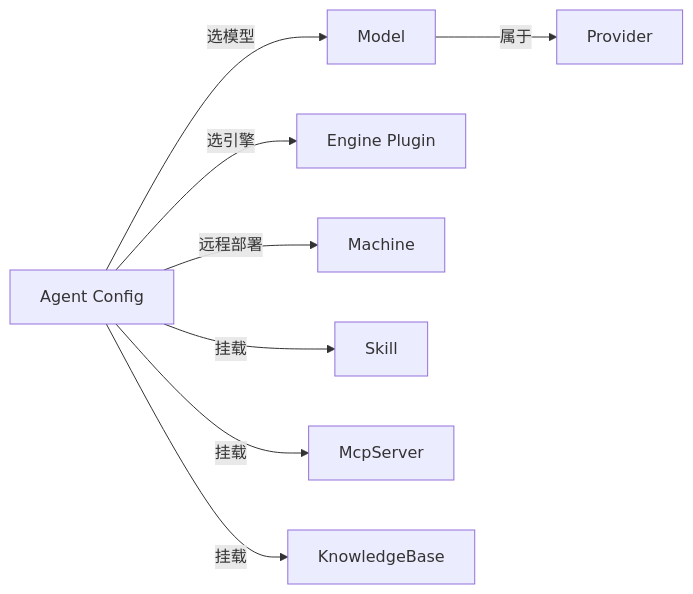
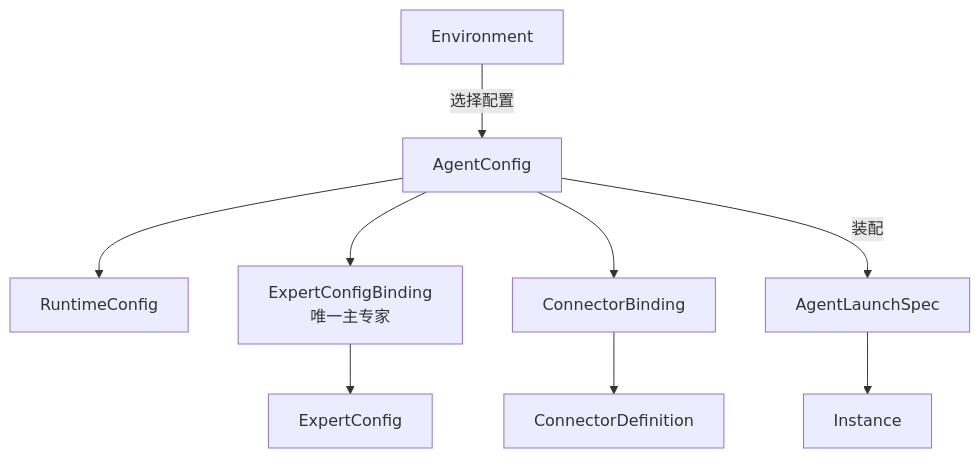
One commit to HuangPuStar/FenixAgent changed the diagram in docs/arch/04-agent-config.md. Above: the diagram before and after it, drawn with Mermaid. The commit also changed other lines of this file and 13 other files, not shown here.

````diff
--- a/docs/arch/04-agent-config.md
+++ b/docs/arch/04-agent-config.md
@@ -21,15 +11,11 @@
 ```mermaid
-flowchart LR
-    AC[Agent Config]
-
-    AC -->|选模型| M[Model]
-    M -->|属于| P[Provider]
-
-    AC -->|选引擎| E[Engine Plugin]
-
-    AC -->|远程部署| MC[Machine]
-
-    AC -->|挂载| S[Skill]
-    AC -->|挂载| MS[McpServer]
-    AC -->|挂载| KB[KnowledgeBase]
+flowchart TD
+    ENV[Environment] -->|选择配置| AC[AgentConfig]
+    AC --> RT[RuntimeConfig]
+    AC --> EB["ExpertConfigBinding<br/>唯一主专家"]
+    AC --> CB[ConnectorBinding]
+    EB --> EC[ExpertConfig]
+    CB --> CD[ConnectorDefinition]
+    AC -->|装配| LS[AgentLaunchSpec]
+    LS --> INST[Instance]
 ```
````
